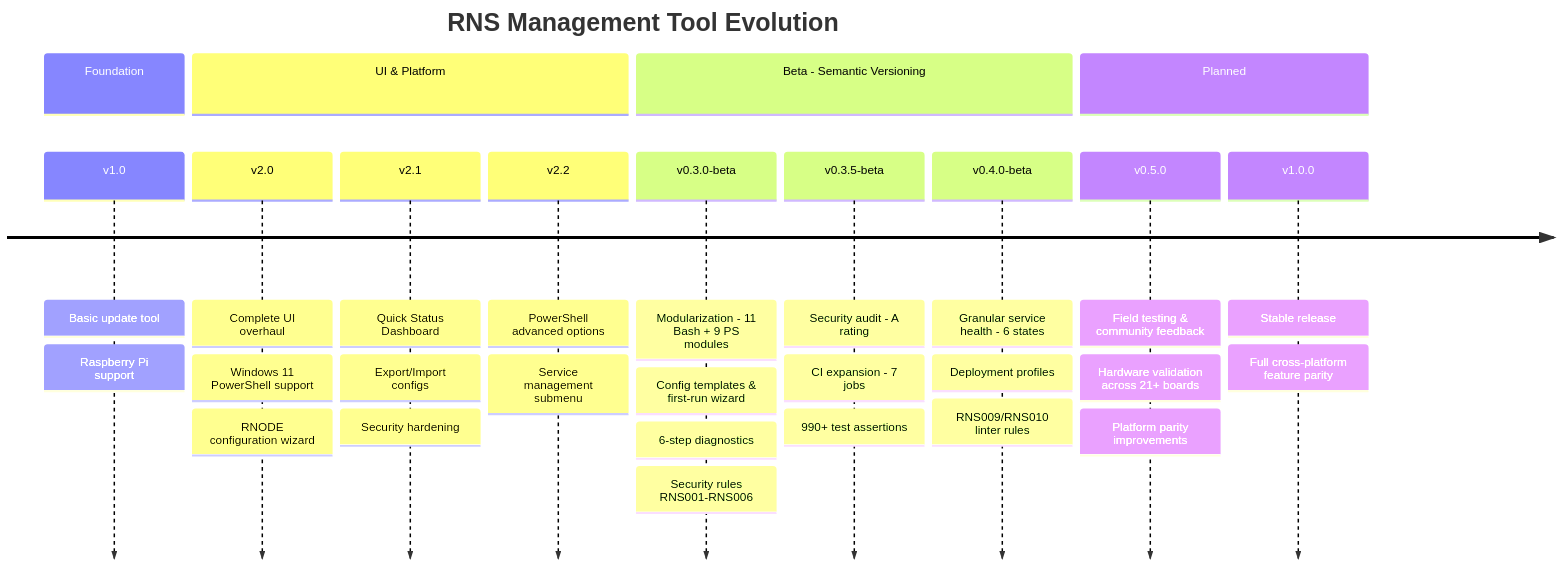
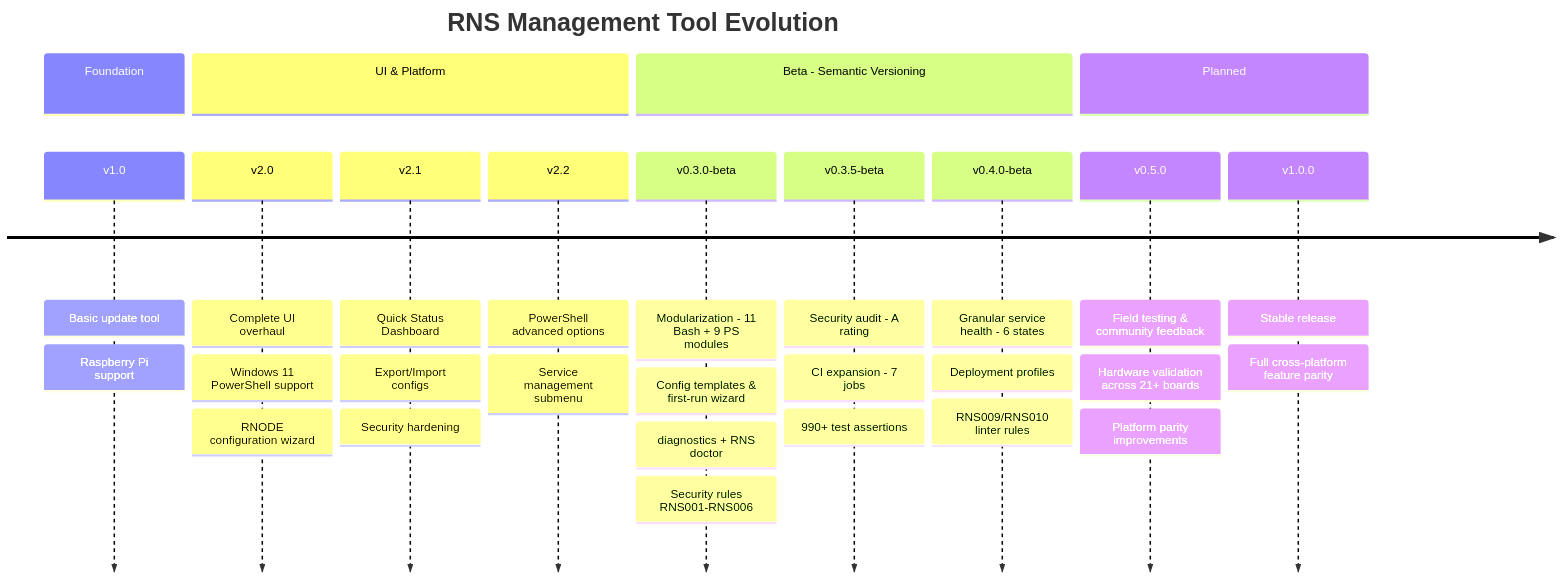
Before and after one commit to Nursedude/RNS-Management-Tool: the fourth of 5 diagrams in README.md, drawn with Mermaid. The commit also changed other lines of this file and 8 other files, not shown here.

First line of the commit message:
feat(diagnostics): add RNS environment doctor (Phase 1A)

````diff
--- a/README.md
+++ b/README.md
@@ -558,33 +558,33 @@
 ```mermaid
 timeline
     title RNS Management Tool Evolution
     section Foundation
         v1.0 : Basic update tool
              : Raspberry Pi support
     section UI & Platform
         v2.0 : Complete UI overhaul
              : Windows 11 PowerShell support
              : RNODE configuration wizard
         v2.1 : Quick Status Dashboard
              : Export/Import configs
              : Security hardening
         v2.2 : PowerShell advanced options
              : Service management submenu
     section Beta - Semantic Versioning
         v0.3.0-beta : Modularization - 11 Bash + 9 PS modules
                     : Config templates & first-run wizard
-                    : 6-step diagnostics
+                    : diagnostics + RNS doctor
                     : Security rules RNS001-RNS006
         v0.3.5-beta : Security audit - A rating
                     : CI expansion - 7 jobs
                     : 990+ test assertions
         v0.4.0-beta : Granular service health - 6 states
                     : Deployment profiles
                     : RNS009/RNS010 linter rules
     section Planned
         v0.5.0 : Field testing & community feedback
                : Hardware validation across 21+ boards
                : Platform parity improvements
         v1.0.0 : Stable release
                : Full cross-platform feature parity
 ```
````
